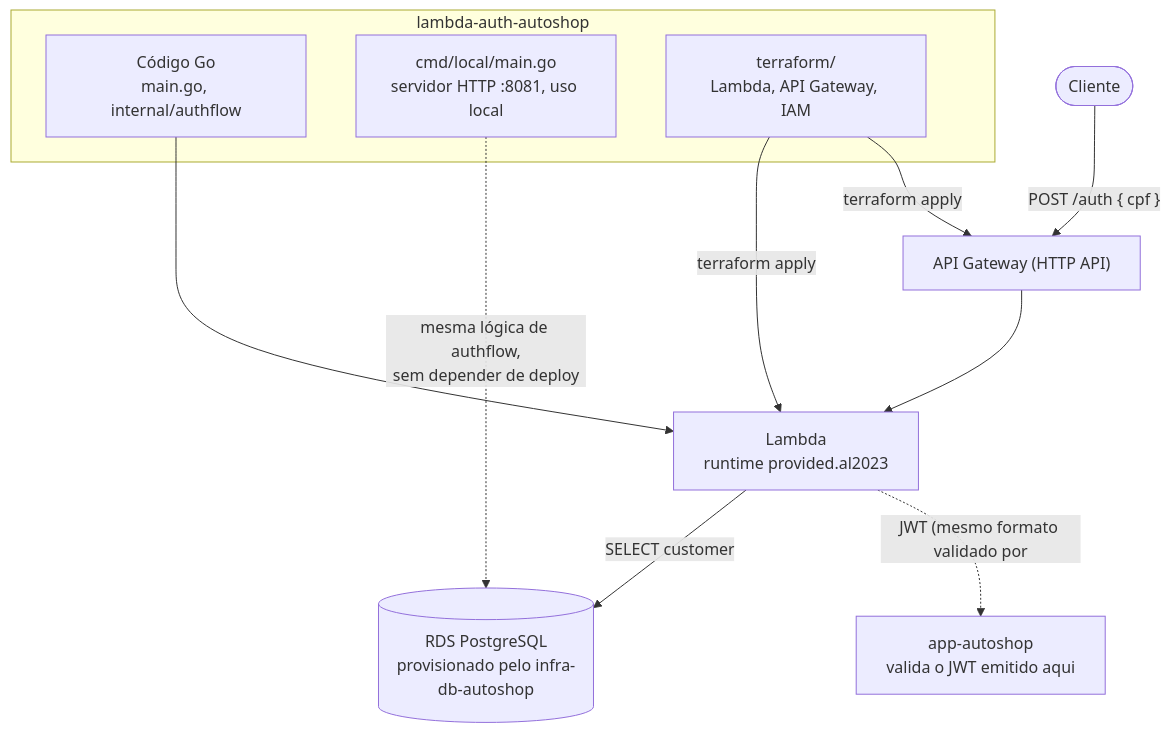
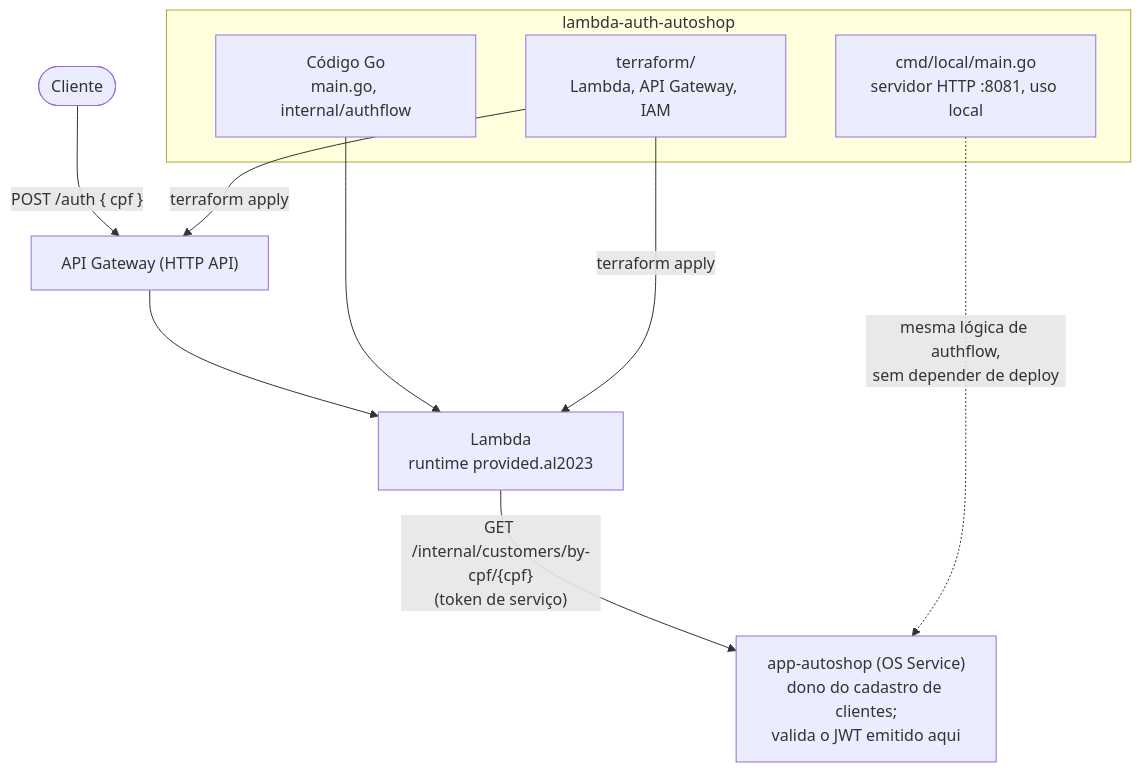
The diagram in README.md (Jackeline2020/lambda-auth-autoshop), drawn with Mermaid before and after one commit. The commit also changed other lines of this file and 16 other files, not shown here.

Commit message:
feat: autenticação consulta o cliente no OS Service, sem acessar o banco

````diff
--- a/README.md
+++ b/README.md
@@ -17,22 +22,20 @@
 ```mermaid
 flowchart TB
     subgraph LambdaRepo["lambda-auth-autoshop"]
         Code["Código Go<br/>main.go, internal/authflow"]
         Local["cmd/local/main.go<br/>servidor HTTP :8081, uso local"]
         TF["terraform/<br/>Lambda, API Gateway, IAM"]
     end
 
     Cliente(["Cliente"])
     APIGW["API Gateway (HTTP API)"]
     Lambda["Lambda<br/>runtime provided.al2023"]
-    RDS[("RDS PostgreSQL<br/>provisionado pelo infra-db-autoshop")]
-    App["app-autoshop<br/>valida o JWT emitido aqui"]
+    App["app-autoshop (OS Service)<br/>dono do cadastro de clientes;<br/>valida o JWT emitido aqui"]
 
     Cliente -->|"POST /auth { cpf }"| APIGW --> Lambda
     Code --> Lambda
     TF -->|"terraform apply"| Lambda
     TF -->|"terraform apply"| APIGW
-    Lambda -->|"SELECT customer"| RDS
-    Lambda -.->|"JWT (mesmo formato validado por"| App
-    Local -.->|"mesma lógica de authflow,<br/>sem depender de deploy"| RDS
+    Lambda -->|"GET /internal/customers/by-cpf/{cpf}<br/>(token de serviço)"| App
+    Local -.->|"mesma lógica de authflow,<br/>sem depender de deploy"| App
 ```
````
